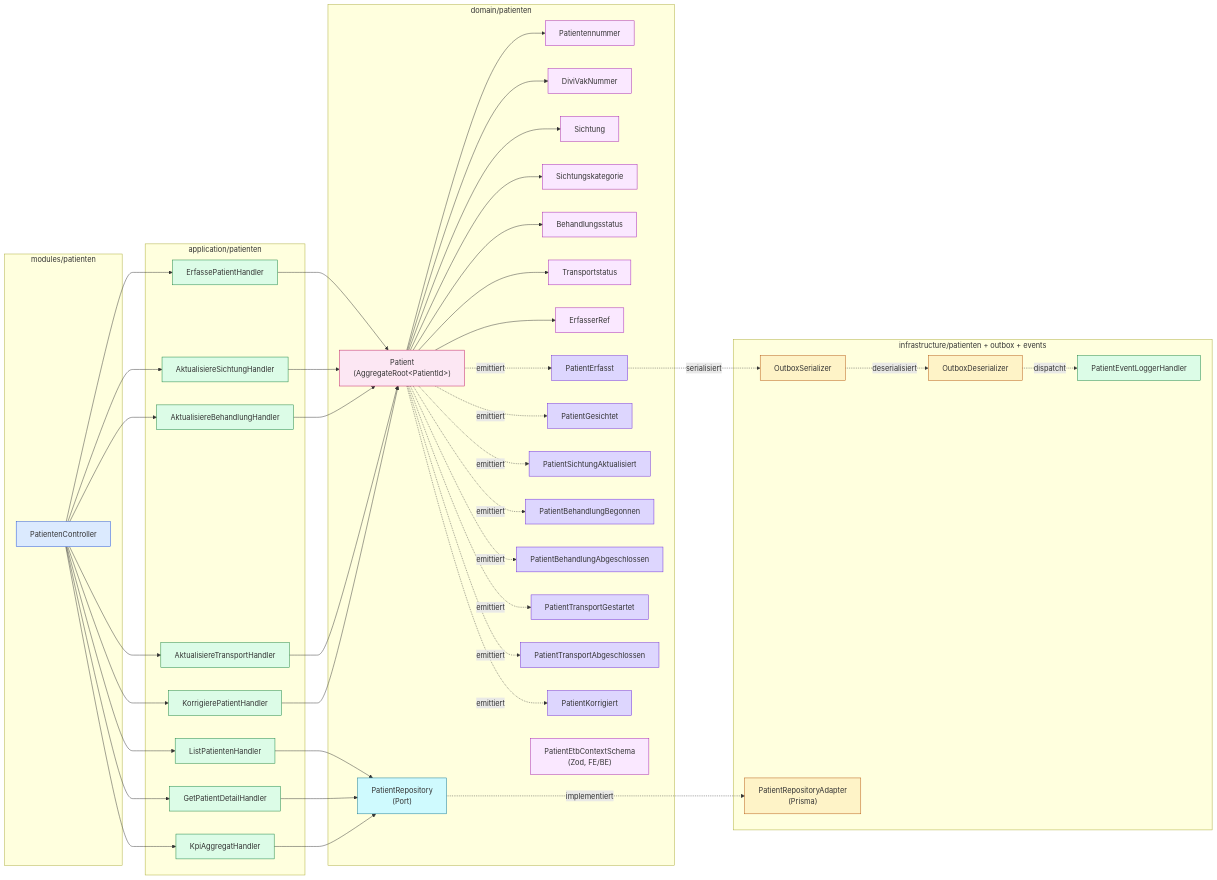
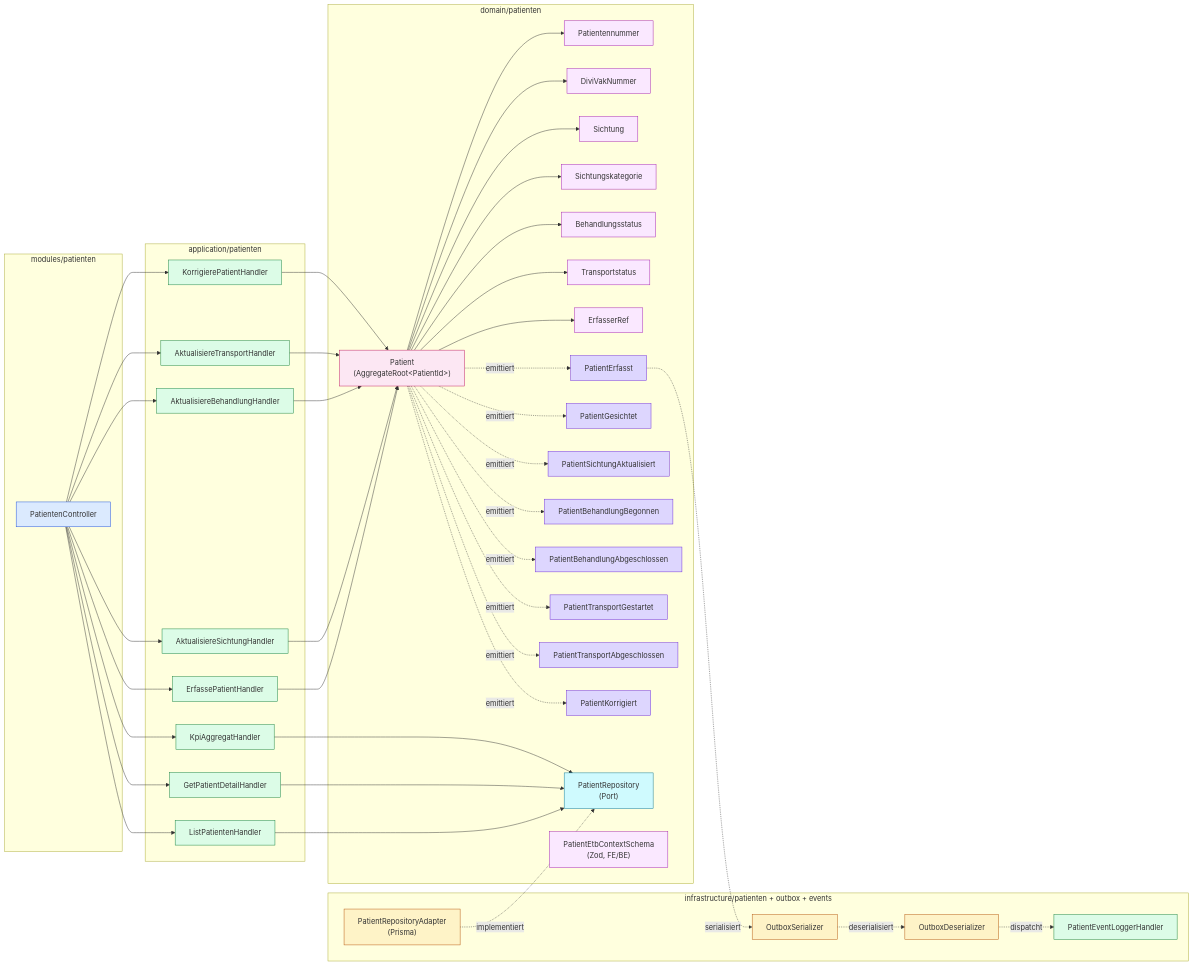
One commit to rubenvitt/bluelight-hub changed the second of 3 diagrams in docs/architecture/patient-domain-overview.md. Above: the diagram before and after it, drawn with Mermaid. The commit also changed other lines of this file and 344 other files, not shown here.

```diff
--- a/docs/architecture/patient-domain-overview.md
+++ b/docs/architecture/patient-domain-overview.md
@@ -148,7 +148,7 @@
   GetPatientDetailHandler --> PatientRepository
   KpiAggregatHandler --> PatientRepository
 
-  PatientRepository -. implementiert .-> PatientRepositoryAdapter
+  PatientRepositoryAdapter -. implementiert .-> PatientRepository
 
   PatientErfasst -. serialisiert .-> OutboxSerializer
   OutboxSerializer -. deserialisiert .-> OutboxDeserializer
```
